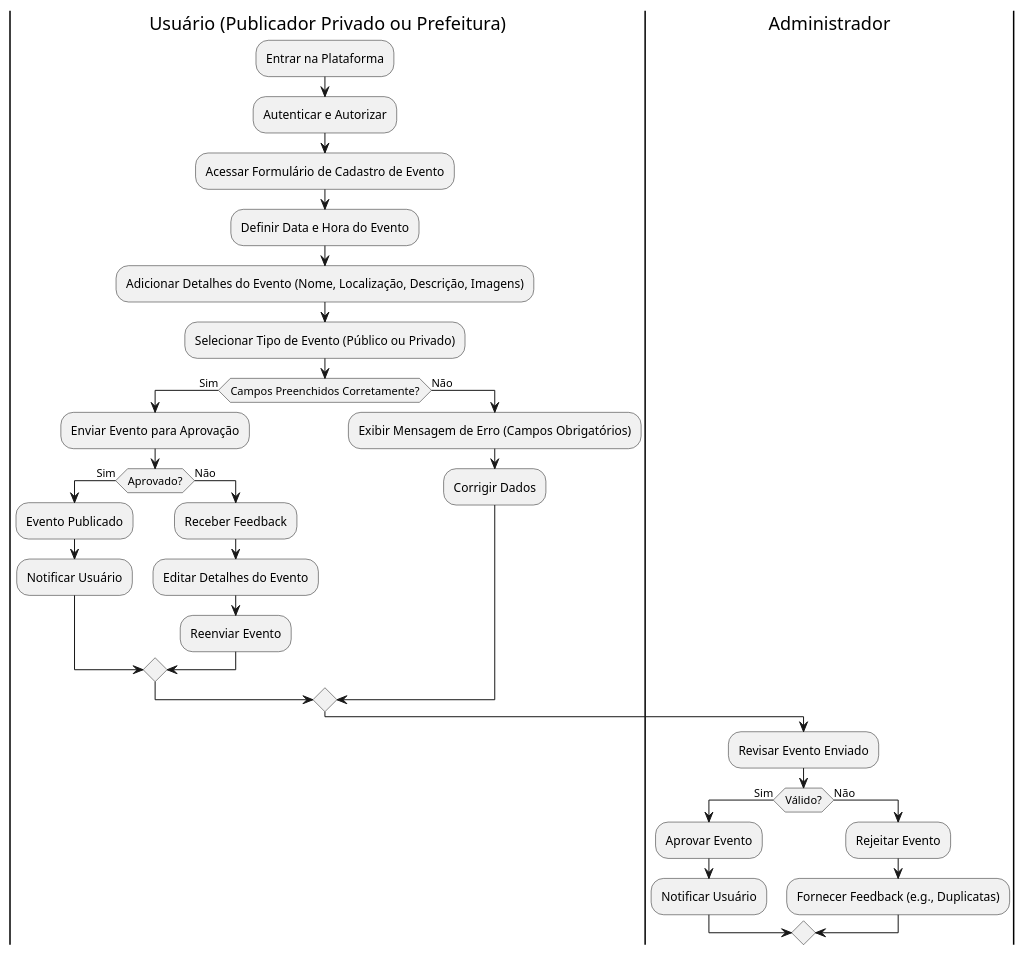
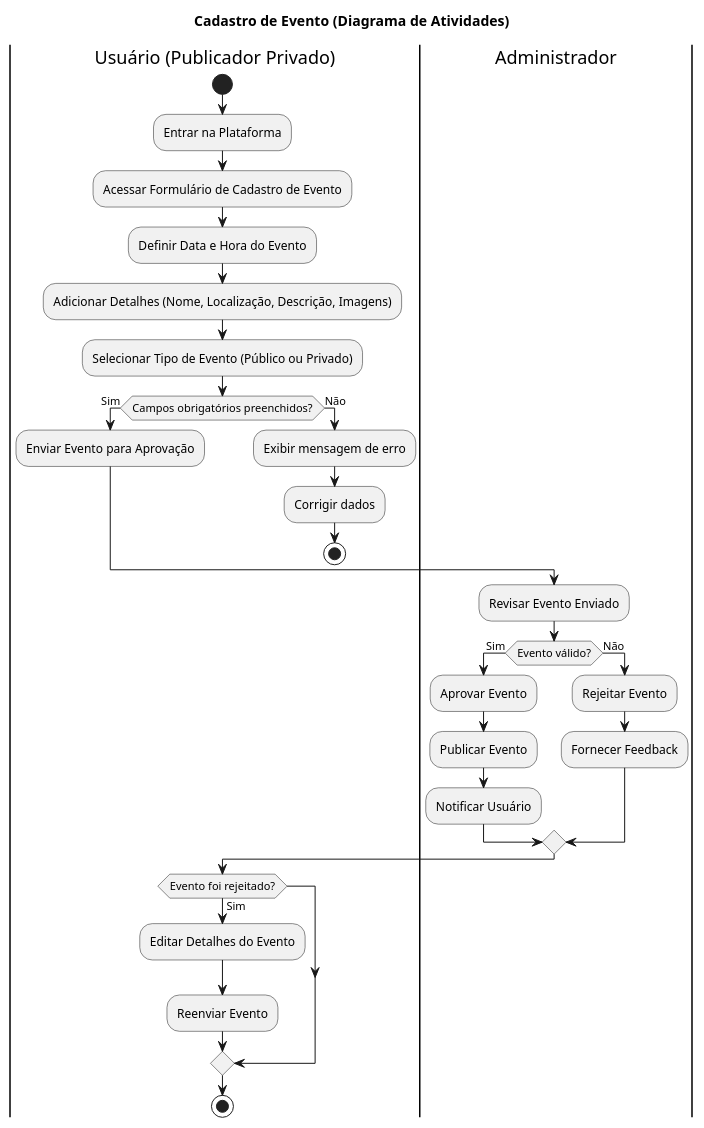
Before and after one commit to FateCoders/tripmaker-documentation: the diagram in diagrams/atividades/cadastrar_eventos.puml, drawn with PlantUML. The commit also changed 6 other files, not shown here.

Commit message:
📝Finalizando o desenvolviemtno de diagramas de atividade

```diff
--- a/diagrams/atividades/cadastrar_eventos.puml
+++ b/diagrams/atividades/cadastrar_eventos.puml
@@ -1,36 +1,39 @@
 @startuml
+title Cadastro de Evento (Diagrama de Atividades)
 skinparam monochrome true
 
-|Usuário (Publicador Privado ou Prefeitura)|
+|Usuário (Publicador Privado)|
+start
 :Entrar na Plataforma;
-:Autenticar e Autorizar;
 :Acessar Formulário de Cadastro de Evento;
 :Definir Data e Hora do Evento;
-:Adicionar Detalhes do Evento (Nome, Localização, Descrição, Imagens);
+:Adicionar Detalhes (Nome, Localização, Descrição, Imagens);
 :Selecionar Tipo de Evento (Público ou Privado);
-if (Campos Preenchidos Corretamente?) then (Sim)
-    :Enviar Evento para Aprovação;
-    if (Aprovado?) then (Sim)
-        :Evento Publicado;
-        :Notificar Usuário;
-    else (Não)
-        :Receber Feedback;
-        :Editar Detalhes do Evento;
-        :Reenviar Evento;
-    endif
+
+if (Campos obrigatórios preenchidos?) then (Sim)
+  :Enviar Evento para Aprovação;
 else (Não)
-    :Exibir Mensagem de Erro (Campos Obrigatórios);
-    :Corrigir Dados;
+  :Exibir mensagem de erro;
+  :Corrigir dados;
+  stop
 endif
 
 |Administrador|
 :Revisar Evento Enviado;
-if (Válido?) then (Sim)
-    :Aprovar Evento;
-    :Notificar Usuário;
+if (Evento válido?) then (Sim)
+  :Aprovar Evento;
+  :Publicar Evento;
+  :Notificar Usuário;
 else (Não)
-    :Rejeitar Evento;
-    :Fornecer Feedback (e.g., Duplicatas);
+  :Rejeitar Evento;
+  :Fornecer Feedback;
 endif
 
+|Usuário (Publicador Privado)|
+if (Evento foi rejeitado?) then (Sim)
+  :Editar Detalhes do Evento;
+  :Reenviar Evento;
+endif
+
+stop
 @enduml
```
